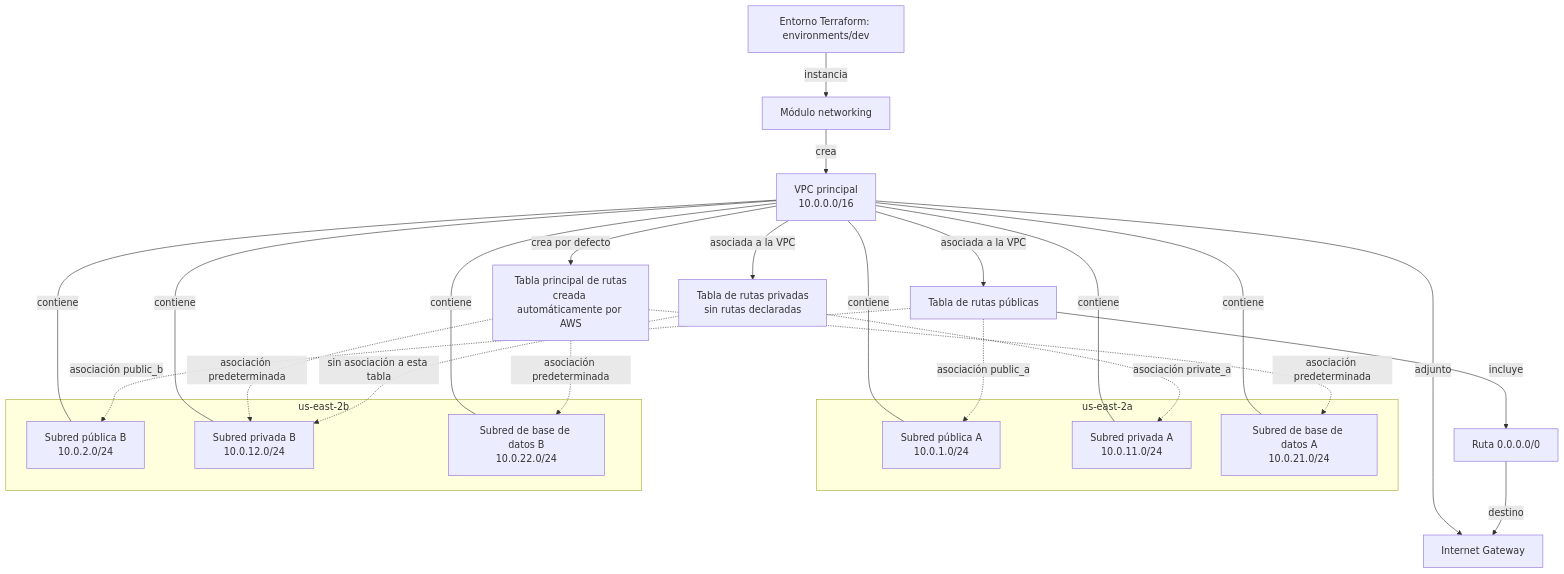
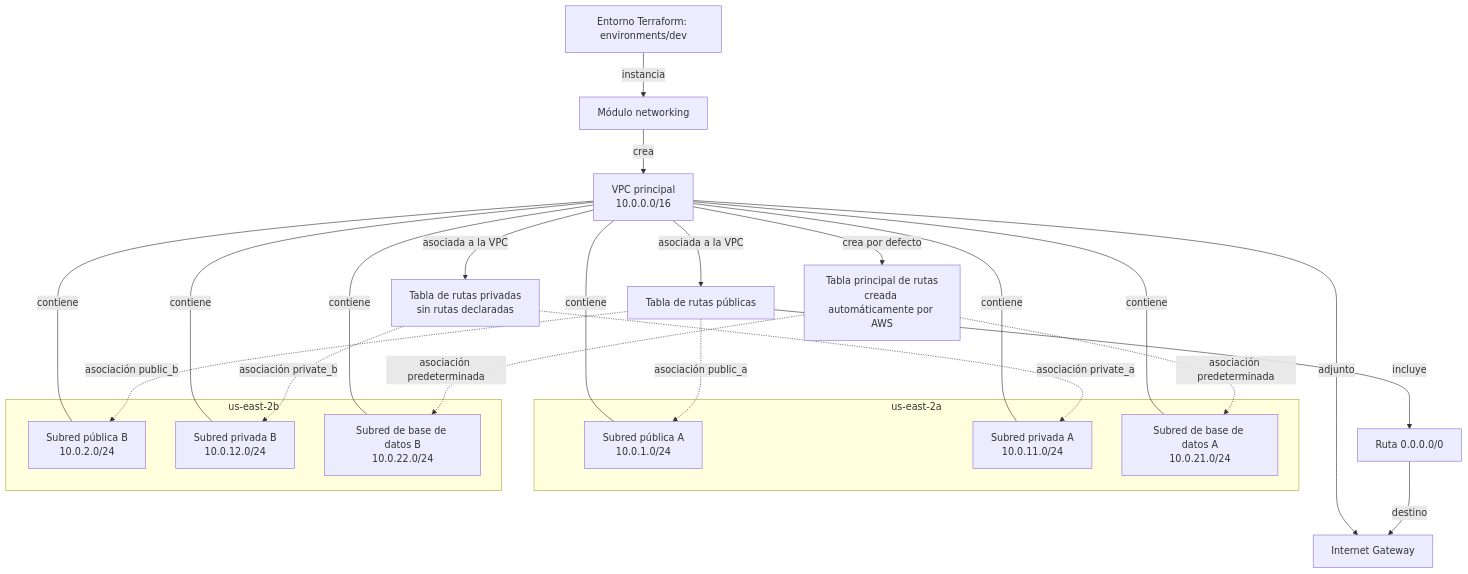
One commit to STRADIVARIUS590/AWS-Infrastructure-Platform changed the second of 2 diagrams in doc/README.md. Above: the diagram before and after it, drawn with Mermaid. The commit also changed other lines of this file and 1 other file, not shown here.

Commit message:
feat(networking): associate private subnets with private route table

````diff
--- a/doc/README.md
+++ b/doc/README.md
@@ -51,45 +51,44 @@
 ```mermaid
 flowchart TB
     Dev["Entorno Terraform: environments/dev"]
     Module["Módulo networking"]
     VPC["VPC principal<br/>10.0.0.0/16"]
     IGW["Internet Gateway"]
     MainRT["Tabla principal de rutas<br/>creada automáticamente por AWS"]
     PublicRT["Tabla de rutas públicas"]
     PrivateRT["Tabla de rutas privadas<br/>sin rutas declaradas"]
     DefaultRoute["Ruta 0.0.0.0/0"]
 
     subgraph AZA["us-east-2a"]
         PubA["Subred pública A<br/>10.0.1.0/24"]
         PrivA["Subred privada A<br/>10.0.11.0/24"]
         DBA["Subred de base de datos A<br/>10.0.21.0/24"]
     end
 
     subgraph AZB["us-east-2b"]
         PubB["Subred pública B<br/>10.0.2.0/24"]
         PrivB["Subred privada B<br/>10.0.12.0/24"]
         DBB["Subred de base de datos B<br/>10.0.22.0/24"]
     end
 
     Dev -->|"instancia"| Module
     Module -->|"crea"| VPC
     VPC ---|"contiene"| PubA
     VPC ---|"contiene"| PubB
     VPC ---|"contiene"| PrivA
     VPC ---|"contiene"| PrivB
     VPC ---|"contiene"| DBA
     VPC ---|"contiene"| DBB
     VPC -->|"adjunto"| IGW
     VPC -->|"crea por defecto"| MainRT
     VPC -->|"asociada a la VPC"| PublicRT
     VPC -->|"asociada a la VPC"| PrivateRT
-    MainRT -.->|"asociación predeterminada"| PrivB
     MainRT -.->|"asociación predeterminada"| DBA
     MainRT -.->|"asociación predeterminada"| DBB
     PublicRT -->|"incluye"| DefaultRoute
     DefaultRoute -->|"destino"| IGW
     PublicRT -.->|"asociación public_a"| PubA
     PublicRT -.->|"asociación public_b"| PubB
     PrivateRT -.->|"asociación private_a"| PrivA
-    PrivateRT -.->|"sin asociación a esta tabla"| PrivB
+    PrivateRT -.->|"asociación private_b"| PrivB
 ```
````
